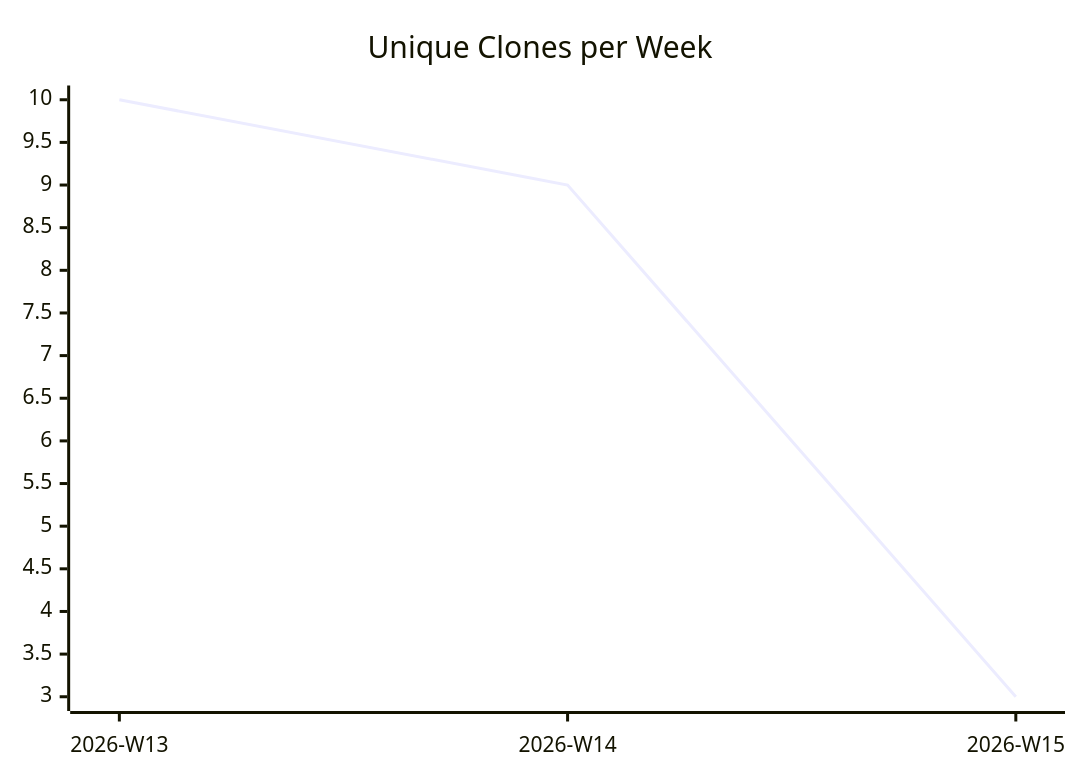
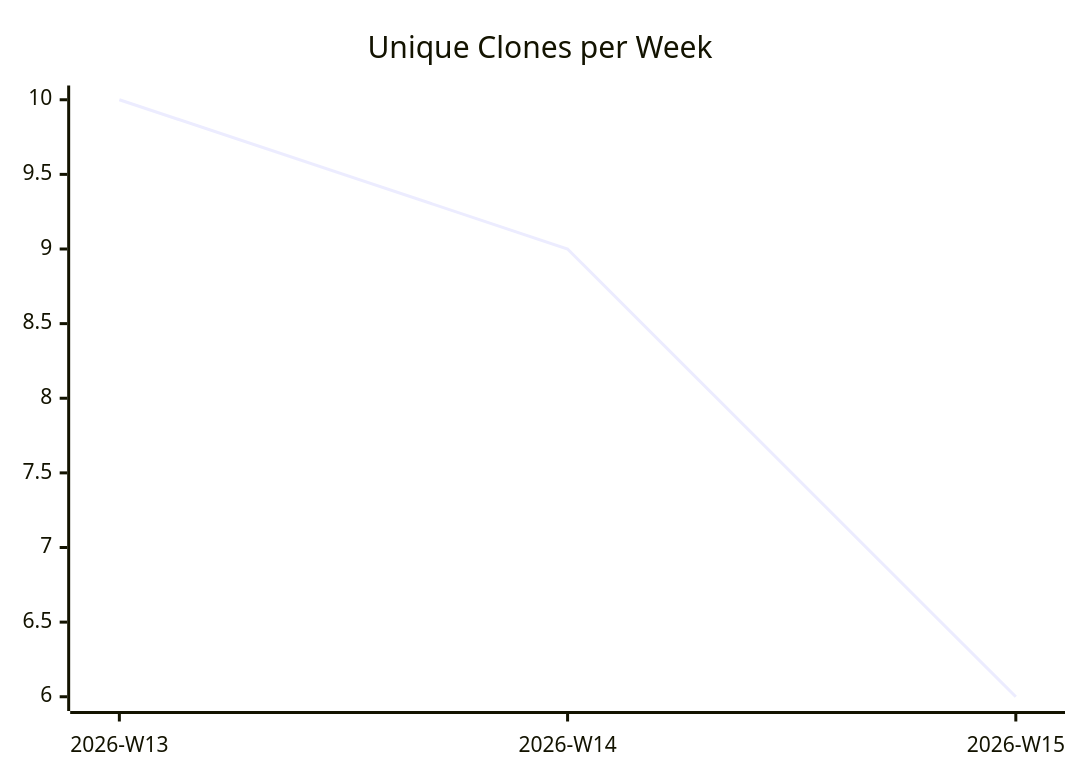
The third of 3 diagrams in karlmdavis/usgs-water-api-java/README.md (justdavis-family/github-analytics-data), drawn with Mermaid before and after one commit. The commit also changed other lines of this file and 191 other files, not shown here.

````diff
--- a/karlmdavis/usgs-water-api-java/README.md
+++ b/karlmdavis/usgs-water-api-java/README.md
@@ -19,6 +19,6 @@
 ```mermaid
 xychart-beta
   title "Unique Clones per Week"
   x-axis ["2026-W13", "2026-W14", "2026-W15"]
-  line [10, 9, 3]
+  line [10, 9, 6]
 ```
````
